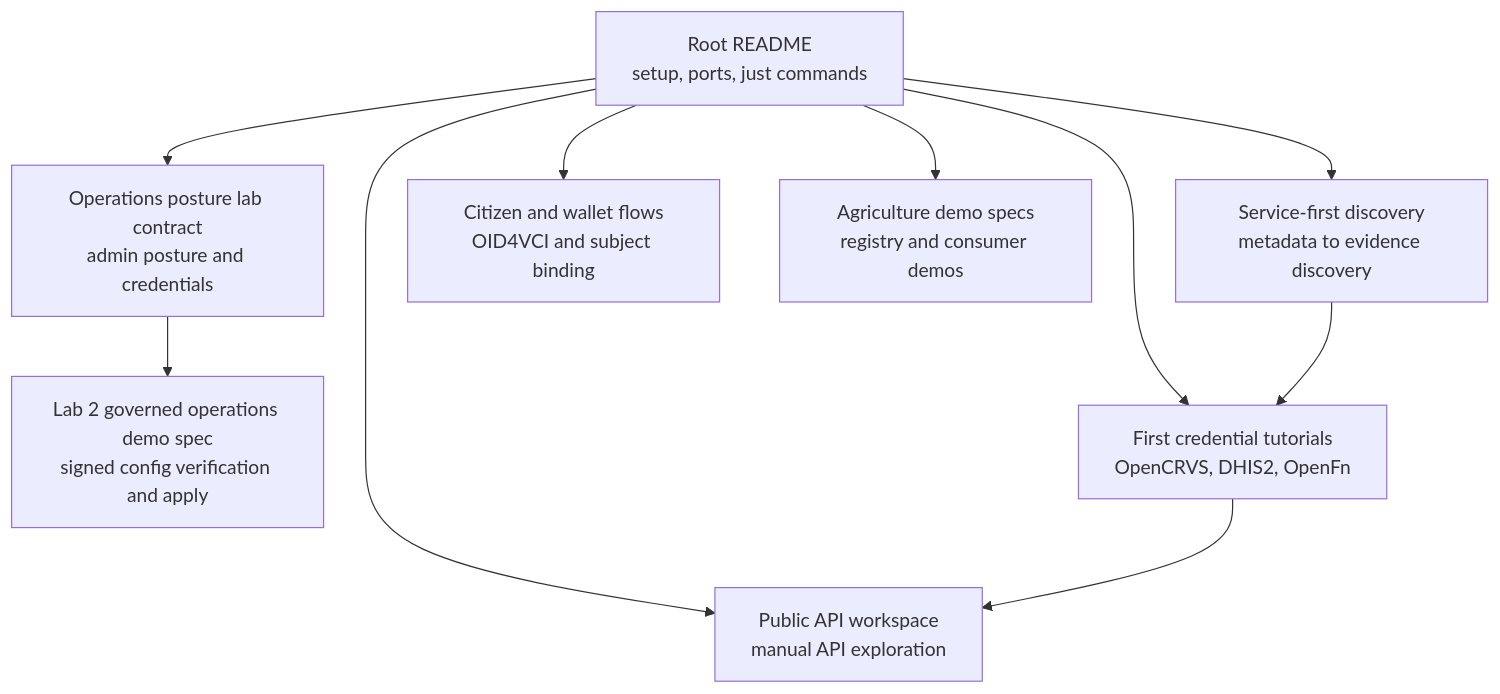
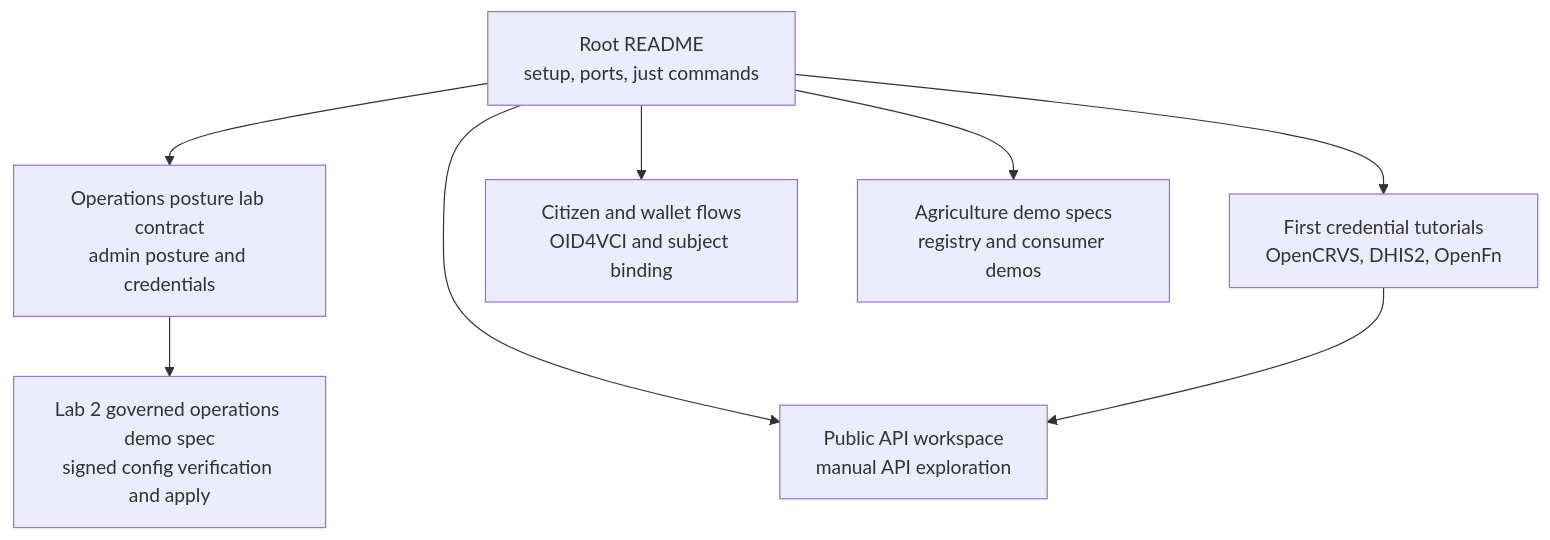
One commit to jeremi/registry-lab changed the diagram in docs/README.md. Above: the diagram before and after it, drawn with Mermaid. The commit also changed other lines of this file and 64 other files, not shown here.

````diff
--- a/docs/README.md
+++ b/docs/README.md
@@ -12,21 +12,18 @@
 ```mermaid
 flowchart TD
     Root["Root README<br/>setup, ports, just commands"]
     Ops["Operations posture lab contract<br/>admin posture and credentials"]
     Lab2["Lab 2 governed operations demo spec<br/>signed config verification and apply"]
-    Discovery["Service-first discovery<br/>metadata to evidence discovery"]
     Tutorials["First credential tutorials<br/>OpenCRVS, DHIS2, OpenFn"]
     Citizen["Citizen and wallet flows<br/>OID4VCI and subject binding"]
     Agri["Agriculture demo specs<br/>registry and consumer demos"]
     API["Public API workspace<br/>manual API exploration"]
 
     Root --> Ops
-    Root --> Discovery
     Root --> Tutorials
     Root --> Citizen
     Root --> Agri
     Root --> API
     Ops --> Lab2
-    Discovery --> Tutorials
     Tutorials --> API
 ```
````
